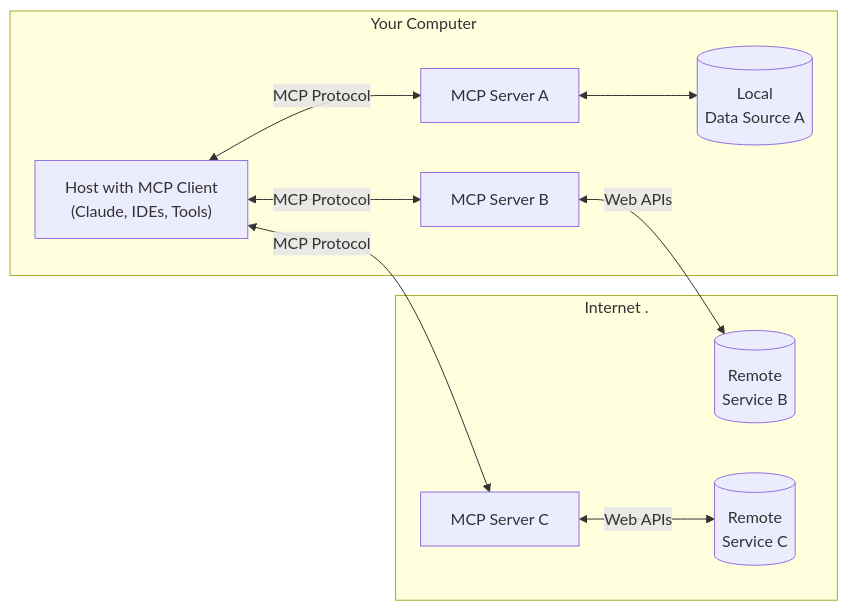
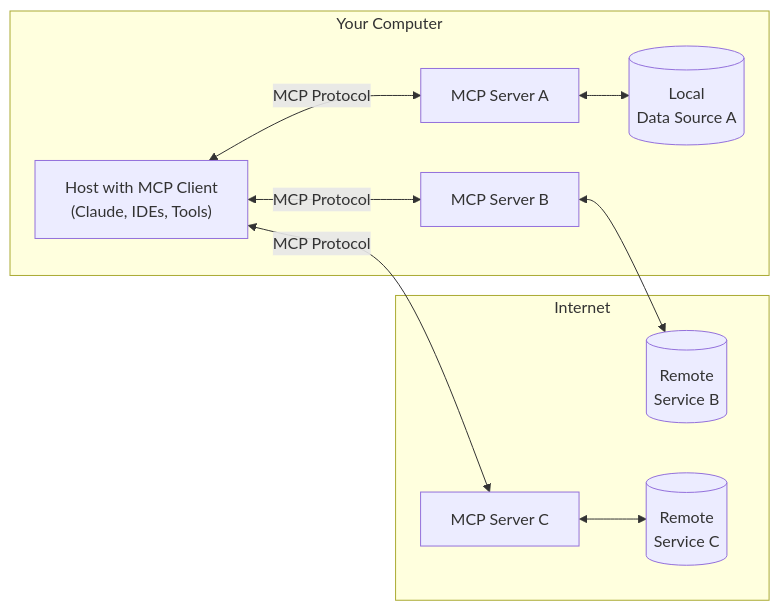
One commit to rubenpenap/mcp-fundamentals changed the diagram in exercises/README.mdx. Above: the diagram before and after it, drawn with Mermaid. The commit also changed 65 other files, not shown here.

````diff
--- a/exercises/README.mdx
+++ b/exercises/README.mdx
@@ -14,20 +14,20 @@
 ```mermaid
 flowchart LR
     subgraph "Your Computer"
         Host["Host with MCP Client<br/>(Claude, IDEs, Tools)"]
         S1["MCP Server A"]
         S2["MCP Server B"]
         D1[("Local<br/>Data Source A")]
         Host <-->|"MCP Protocol"| S1
         Host <-->|"MCP Protocol"| S2
         S1 <--> D1
     end
-    subgraph "Internet ."
+    subgraph "Internet"
         S3["MCP Server C"]
         D2[("Remote<br/>Service B")]
         D3[("Remote<br/>Service C")]
-        S2 <-->|"Web APIs"| D2
-        S3 <-->|"Web APIs"| D3
+        S2 <--> D2
+        S3 <--> D3
     end
     Host <-->|"MCP Protocol"| S3
 ```
````
